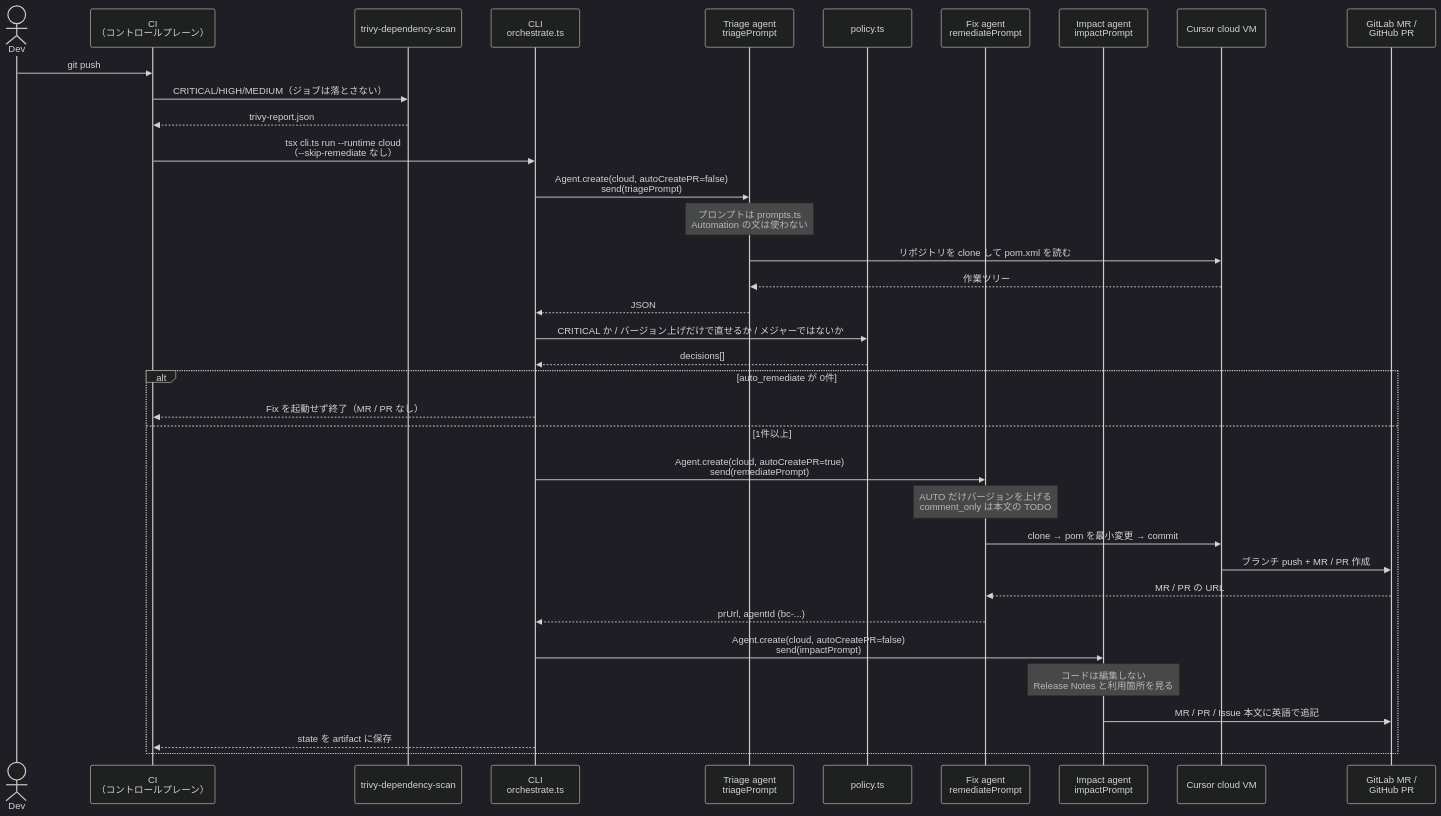
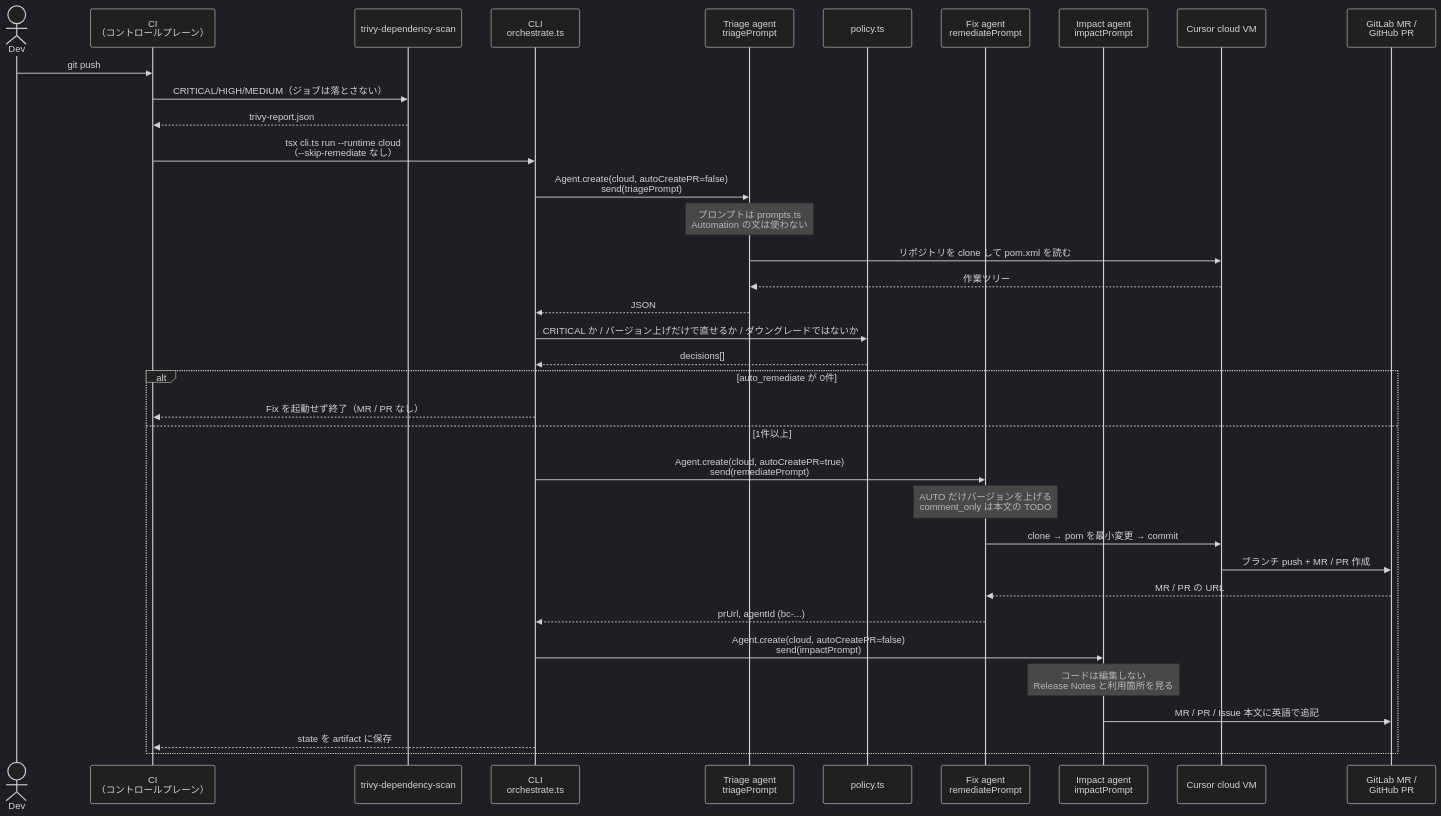
Before and after one commit to Acme-finance-demo/cursor-governance-demo: the second of 5 diagrams in cursor-sdk/SEQUENCE.ja.md, drawn with Mermaid (dark theme). The commit also changed other lines of this file and 13 other files, not shown here.

````diff
--- a/cursor-sdk/SEQUENCE.ja.md
+++ b/cursor-sdk/SEQUENCE.ja.md
@@ -73,43 +73,43 @@
 ```mermaid
 sequenceDiagram
     actor Dev
     participant GL as CI<br/>（コントロールプレーン）
     participant Scan as trivy-dependency-scan
     participant CLI as CLI<br/>orchestrate.ts
     participant Triage as Triage agent<br/>triagePrompt
     participant Policy as policy.ts
     participant Fix as Fix agent<br/>remediatePrompt
     participant Impact as Impact agent<br/>impactPrompt
     participant Cursor as Cursor cloud VM
     participant Forge as GitLab MR /<br/>GitHub PR
 
     Dev->>GL: git push
     GL->>Scan: CRITICAL/HIGH/MEDIUM（ジョブは落とさない）
     Scan-->>GL: trivy-report.json
 
     GL->>CLI: tsx cli.ts run --runtime cloud<br/>（--skip-remediate なし）
 
     CLI->>Triage: Agent.create(cloud, autoCreatePR=false)<br/>send(triagePrompt)
     Note over Triage: プロンプトは prompts.ts<br/>Automation の文は使わない
     Triage->>Cursor: リポジトリを clone して pom.xml を読む
     Cursor-->>Triage: 作業ツリー
     Triage-->>CLI: JSON
 
-    CLI->>Policy: CRITICAL か / バージョン上げだけで直せるか / メジャーではないか
+    CLI->>Policy: CRITICAL か / バージョン上げだけで直せるか / ダウングレードではないか
     Policy-->>CLI: decisions[]
 
     alt auto_remediate が 0件
         CLI-->>GL: Fix を起動せず終了（MR / PR なし）
     else 1件以上
         CLI->>Fix: Agent.create(cloud, autoCreatePR=true)<br/>send(remediatePrompt)
         Note over Fix: AUTO だけバージョンを上げる<br/>comment_only は本文の TODO
         Fix->>Cursor: clone → pom を最小変更 → commit
         Cursor->>Forge: ブランチ push + MR / PR 作成
         Forge-->>Fix: MR / PR の URL
         Fix-->>CLI: prUrl, agentId (bc-...)
         CLI->>Impact: Agent.create(cloud, autoCreatePR=false)<br/>send(impactPrompt)
         Note over Impact: コードは編集しない<br/>Release Notes と利用箇所を見る
         Impact->>Forge: MR / PR / Issue 本文に英語で追記
         CLI-->>GL: state を artifact に保存
     end
 ```
````
